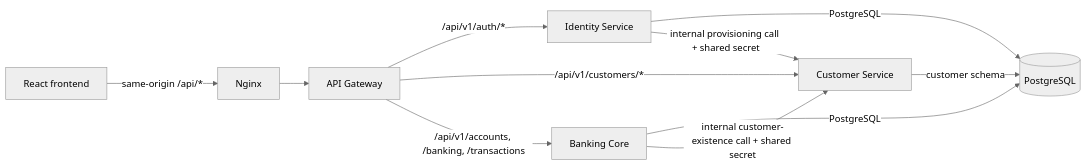
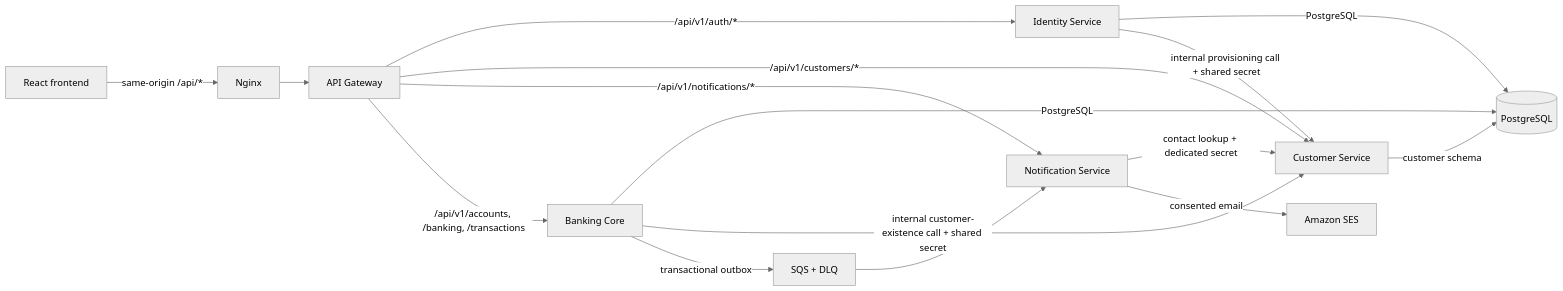
The first of 2 diagrams in docs/architecture.md (santhosh-1974/event-source-ledger), drawn with Mermaid (neutral theme) before and after one commit. The commit also changed other lines of this file and 50 other files, not shown here.

Commit message:
feat: implement Notification Service and SES

````diff
--- a/docs/architecture.md
+++ b/docs/architecture.md
@@ -23,13 +24,18 @@
 ```mermaid
 flowchart LR
     Browser[React frontend] -->|same-origin /api/*| Nginx
     Nginx --> Gateway[API Gateway]
     Gateway -->|/api/v1/auth/*| Identity[Identity Service]
     Gateway -->|/api/v1/customers/*| Customer[Customer Service]
+    Gateway -->|/api/v1/notifications/*| Notification[Notification Service]
     Gateway -->|/api/v1/accounts, /banking, /transactions| Banking[Banking Core]
     Identity -->|PostgreSQL| DB[(PostgreSQL)]
     Banking -->|PostgreSQL| DB
     Customer -->|customer schema| DB
     Identity -->|internal provisioning call + shared secret| Customer
     Banking -->|internal customer-existence call + shared secret| Customer
+    Banking -->|transactional outbox| Queue[SQS + DLQ]
+    Queue --> Notification
+    Notification -->|contact lookup + dedicated secret| Customer
+    Notification -->|consented email| SES[Amazon SES]
 ```
````
